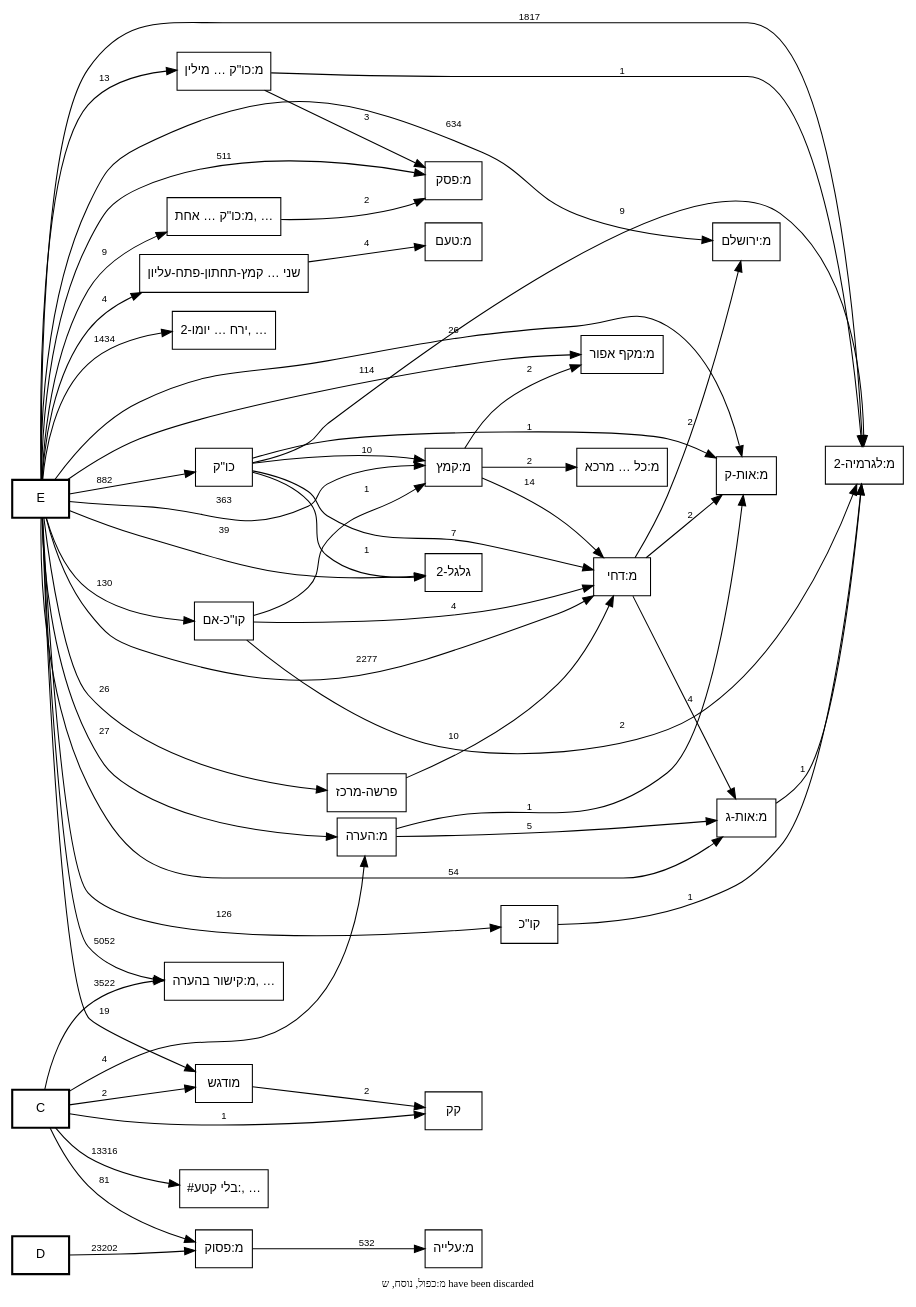
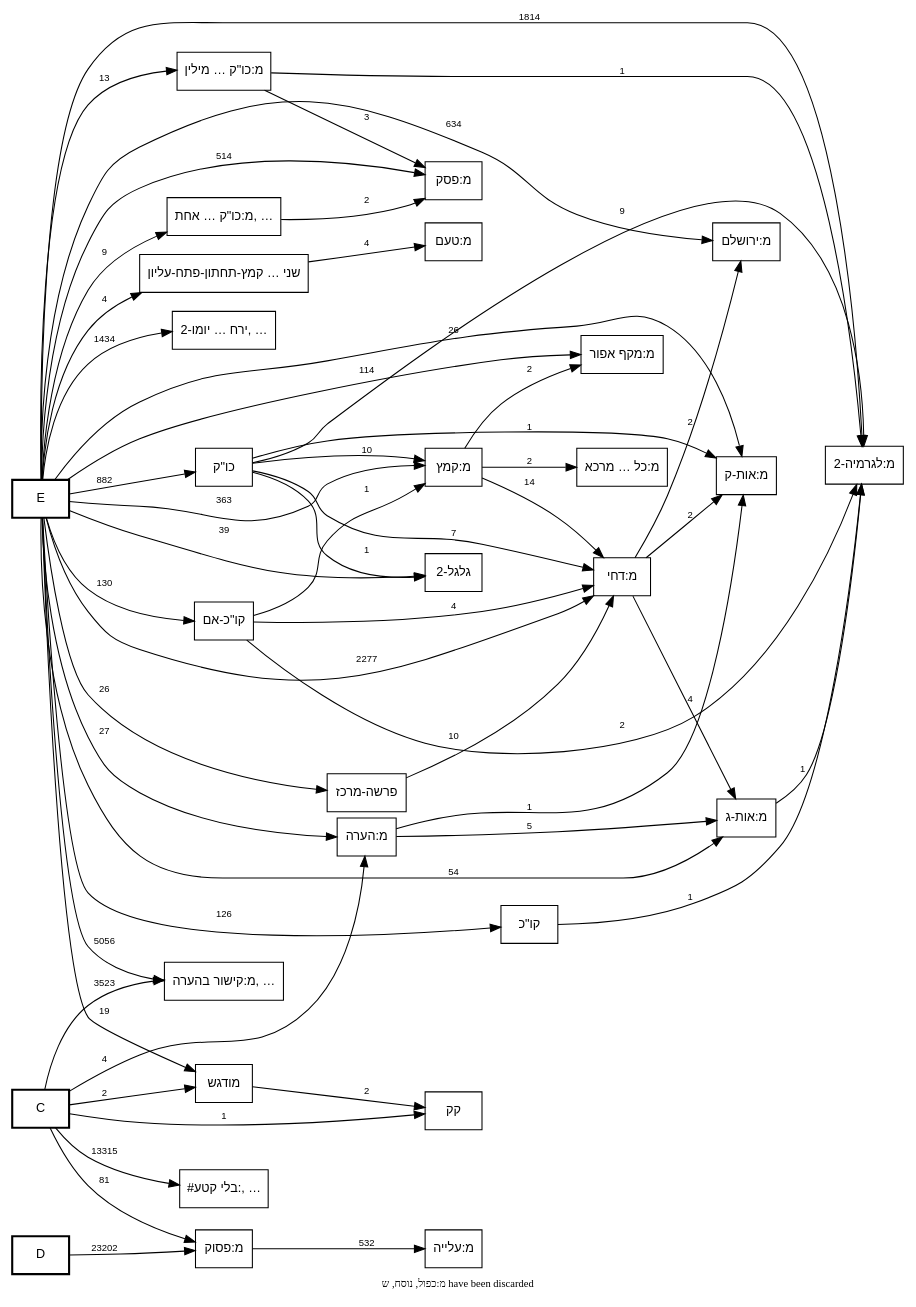
One commit to bdenckla/MAM-basics changed the diagram in out/MAM-tmpl-survey/plain-call-graph.dot. Above: the diagram before and after it, drawn with Graphviz. The commit also changed 12 other files, not shown here.

```diff
--- a/out/MAM-tmpl-survey/plain-call-graph.dot
+++ b/out/MAM-tmpl-survey/plain-call-graph.dot
@@ -1,165 +1,165 @@
 digraph template_call_graph {
     rankdir=LR;
     node [fontname="SBL Hebrew,Helvetica", fontsize=12];
     edge [fontname="Helvetica", fontsize=9];
 
     // Column nodes
     node [shape=box, style=bold];
     "C";
     "D";
     "E";
 
     // Template nodes
     node [shape=box, style=""];
     "#בלי קטע:" [label="#בלי קטע:, …", tooltip="#בלי קטע:
 #בלי קטע:דברי הימים א טז/טעמים
 #בלי קטע:דברים לב/טעמים
 #בלי קטע:יהושע יב/טעמים
 #בלי קטע:מלכי כנען/צורת השיר
 #בלי קטע:עשרת בני המן/צורת השיר
 #בלי קטע:שופטים ה/טעמים
 #בלי קטע:שירת אסף/צורת השיר
 #בלי קטע:שירת דבורה/צורת השיר
 #בלי קטע:שירת דוד/צורת השיר
 #בלי קטע:שירת האזינו/צורת השיר
 #בלי קטע:שירת הים/צורת השיר
 #בלי קטע:שירת העתים/צורת השיר
 #בלי קטע:שמואל ב כב/טעמים
 #בלי קטע:שמות טו/טעמים
 #קטע:אסתר ט/טעמים
 #קטע:דברי הימים א טז/טעמים
 #קטע:דברים לב/טעמים
 #קטע:יהושע יב/טעמים
 #קטע:מלכי כנען/צורות נוספות
 #קטע:מלכי כנען/צורת השיר
 #קטע:עשרת בני המן/צורות נוספות
 #קטע:עשרת בני המן/צורת השיר
 #קטע:עשרת הדברות בסיס/טעמים
 #קטע:עשרת הדברות/טעמים
 #קטע:קהלת ג/טעמים
 #קטע:שירת אסף/צורות נוספות
 #קטע:שירת אסף/צורת השיר
 #קטע:שירת דבורה/צורות נוספות
 #קטע:שירת דבורה/צורת השיר
 #קטע:שירת דוד/צורות נוספות
 #קטע:שירת דוד/צורת השיר
 #קטע:שירת האזינו/צורות נוספות
 #קטע:שירת האזינו/צורת השיר
 #קטע:שירת הים/צורות נוספות
 #קטע:שירת הים/צורת השיר
 #קטע:שירת העתים/צורות נוספות
 #קטע:שירת העתים/צורת השיר
 #קטע:שמות טו/טעמים
 בסיס-משתמש
 טעמי המקרא באינטרנט
 מ:אין פרשה בתחילת פרק
 מ:אין פרשה בתחילת פרק בספרי אמ\"ת
 מ:אין רווח של פרשה בתחילת פרשת השבוע
 מ:טעמי המקרא
 מ:טעמי המקרא-סוף
 מ:יישור-בשני-הצדדים
 מ:יישור-בשני-הצדדים-סוף
 מ:סיום בטוב
 מ:ספר חדש
 מ:רווח בתרי עשר
 מ:רווח בתרי עשר בפסוק הראשון
 מ:רווח לספר בתהלים
 מ:רווח לספר בתהלים בפסוק הראשון
 מ:שוליים
 מ:שוליים-סוף
 ניווט טעמים
 עוגן בשורה
 צורות כתיבה בספרי אמ\"ת
 ר4"];
     "ירח בן יומו-2" [label="ירח … יומו-2, …", tooltip="ירח בן יומו-2
 כתיב ולא קרי
 מ:אות מנוקדת
 מ:אות תלויה
 מ:גרש ותלישא גדולה
 מ:גרשיים ותלישא גדולה
 מ:טעם ומתג באות אחת
 מ:ירושלמה
 מ:כו\"ק בין שני מקפים
 מ:כו\"ק כתיב מילה חדה וקרי תרתין מילין בין שני מקפים
 מ:כו\"ק כתיב תרתין מילין וקרי מילה חדה
 מ:כו\"ק קרי שונה מהכתיב בשתי מילים
 מ:כו\"ק של שלוש מילים בהערה אחת
 מ:נו\"ן הפוכה
 מ:צינור
 מ:קו\"כ קרי שונה מהכתיב בשתי מילים
 מ:קישור פנימי בהערה
 קרי ולא כתיב
 ר0
 ר2
 ר3
 רווח בסוף שורה"];
     "מ:כו\"ק כתיב מילה חדה וקרי תרתין מילין" [label="מ:כו\"ק … מילין", tooltip="מ:כו\"ק כתיב מילה חדה וקרי תרתין מילין"];
     "מ:כו\"ק של שתי מילים בהערה אחת" [label="מ:כו\"ק … אחת, …", tooltip="מ:כו\"ק של שתי מילים בהערה אחת
 מ:קו\"כ כתיב מילה חדה וקרי תרתין מילין"];
     "מ:כל קמץ קטן מרכא" [label="מ:כל … מרכא", tooltip="מ:כל קמץ קטן מרכא"];
     "מ:קישור בהערה" [label="מ:קישור בהערה, …", tooltip="מ:קישור בהערה
 מ:ששש
 סס
 ססס
 פפ
 פפפ
 ר1"];
     "שני טעמים באות אחת קמץ-תחתון-פתח-עליון" [label="שני … קמץ-תחתון-פתח-עליון", tooltip="שני טעמים באות אחת קמץ-תחתון-פתח-עליון"];
 
     // Note
     graph [label="מ:כפול, נוסח, ש have been discarded", labelloc=b, fontsize=10];
 
     // Edges
-    "C" -> "#בלי קטע:" [label="13316"];
+    "C" -> "#בלי קטע:" [label="13315"];
     "C" -> "מ:הערה" [label="4"];
     "C" -> "מ:פסוק" [label="81"];
-    "C" -> "מ:קישור בהערה" [label="3522"];
+    "C" -> "מ:קישור בהערה" [label="3523"];
     "C" -> "מודגש" [label="2"];
     "C" -> "קק" [label="1"];
     "D" -> "מ:פסוק" [label="23202"];
     "E" -> "גלגל-2" [label="39"];
     "E" -> "ירח בן יומו-2" [label="1434"];
     "E" -> "כו\"ק" [label="882"];
     "E" -> "מ:אות-ג" [label="54"];
     "E" -> "מ:אות-ק" [label="26"];
     "E" -> "מ:דחי" [label="2277"];
     "E" -> "מ:הערה" [label="27"];
     "E" -> "מ:ירושלם" [label="634"];
     "E" -> "מ:כו\"ק כתיב מילה חדה וקרי תרתין מילין" [label="13"];
     "E" -> "מ:כו\"ק של שתי מילים בהערה אחת" [label="9"];
-    "E" -> "מ:לגרמיה-2" [label="1817"];
+    "E" -> "מ:לגרמיה-2" [label="1814"];
     "E" -> "מ:מקף אפור" [label="114"];
-    "E" -> "מ:פסק" [label="511"];
-    "E" -> "מ:קישור בהערה" [label="5052"];
+    "E" -> "מ:פסק" [label="514"];
+    "E" -> "מ:קישור בהערה" [label="5056"];
     "E" -> "מ:קמץ" [label="363"];
     "E" -> "מודגש" [label="19"];
     "E" -> "פרשה-מרכז" [label="26"];
     "E" -> "קו\"כ" [label="126"];
     "E" -> "קו\"כ-אם" [label="130"];
     "E" -> "שני טעמים באות אחת קמץ-תחתון-פתח-עליון" [label="4"];
     "כו\"ק" -> "גלגל-2" [label="1"];
     "כו\"ק" -> "מ:אות-ק" [label="1"];
     "כו\"ק" -> "מ:דחי" [label="7"];
     "כו\"ק" -> "מ:לגרמיה-2" [label="9"];
     "כו\"ק" -> "מ:קמץ" [label="10"];
     "מ:אות-ג" -> "מ:לגרמיה-2" [label="1"];
     "מ:דחי" -> "מ:אות-ג" [label="4"];
     "מ:דחי" -> "מ:אות-ק" [label="2"];
     "מ:דחי" -> "מ:ירושלם" [label="2"];
     "מ:הערה" -> "מ:אות-ג" [label="5"];
     "מ:הערה" -> "מ:אות-ק" [label="1"];
     "מ:כו\"ק כתיב מילה חדה וקרי תרתין מילין" -> "מ:לגרמיה-2" [label="1"];
     "מ:כו\"ק כתיב מילה חדה וקרי תרתין מילין" -> "מ:פסק" [label="3"];
     "מ:כו\"ק של שתי מילים בהערה אחת" -> "מ:פסק" [label="2"];
     "מ:פסוק" -> "מ:עלייה" [label="532"];
     "מ:קמץ" -> "מ:דחי" [label="14"];
     "מ:קמץ" -> "מ:כל קמץ קטן מרכא" [label="2"];
     "מ:קמץ" -> "מ:מקף אפור" [label="2"];
     "מודגש" -> "קק" [label="2"];
     "פרשה-מרכז" -> "מ:דחי" [label="10"];
     "קו\"כ" -> "מ:לגרמיה-2" [label="1"];
     "קו\"כ-אם" -> "מ:דחי" [label="4"];
     "קו\"כ-אם" -> "מ:לגרמיה-2" [label="2"];
     "קו\"כ-אם" -> "מ:קמץ" [label="1"];
     "שני טעמים באות אחת קמץ-תחתון-פתח-עליון" -> "מ:טעם" [label="4"];
 }
```
